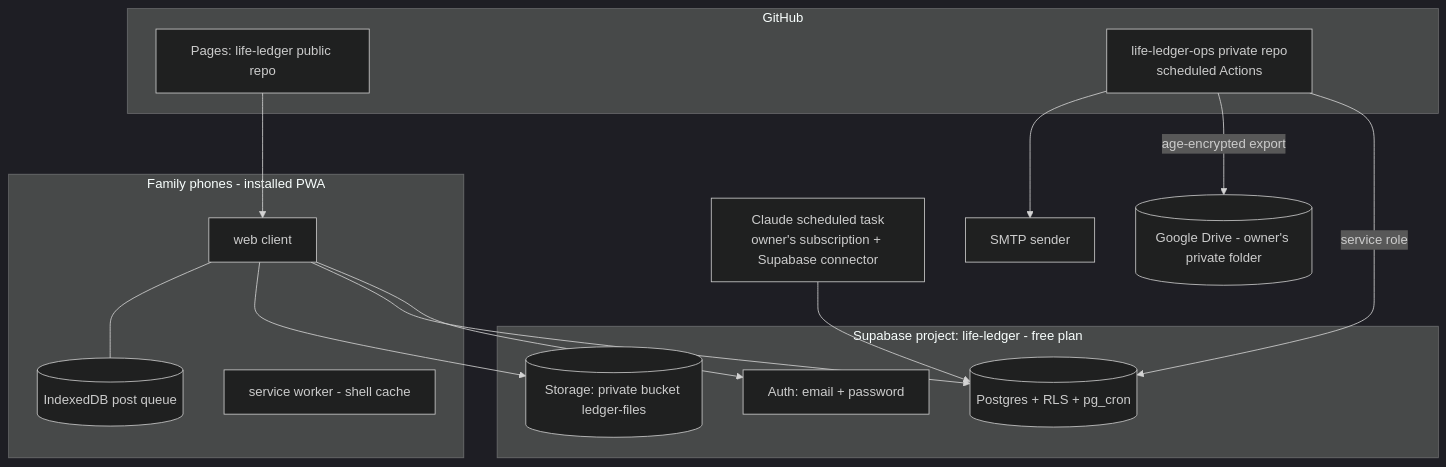
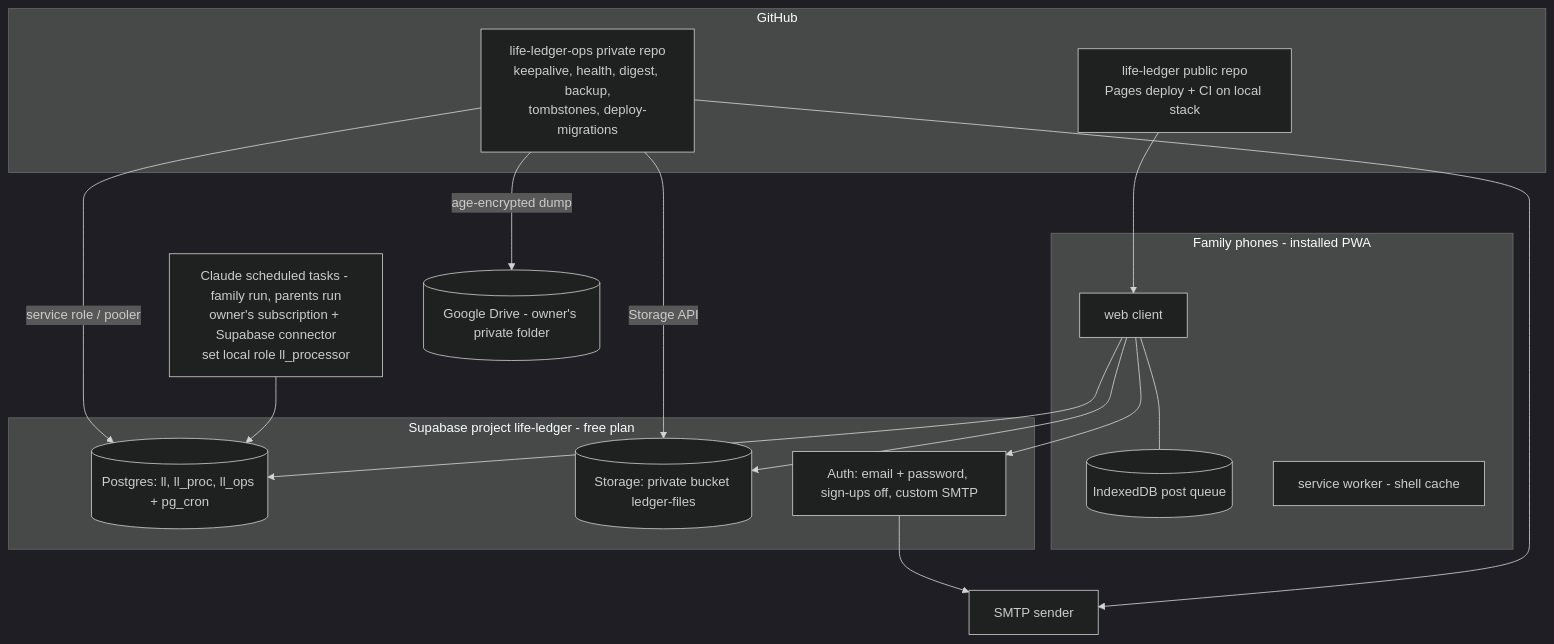
One commit to vinunairs/life-ledger changed the second of 3 diagrams in _bmad-output/planning-artifacts/architecture/architecture-life-ledger-2026-10-05/ARCHITECTURE-SPINE.md. Above: the diagram before and after it, drawn with Mermaid (dark theme). The commit also changed other lines of this file and 2 other files, not shown here.

First line of the commit message:
Revise architecture spine after reviewer gate

````diff
--- a/_bmad-output/planning-artifacts/architecture/architecture-life-ledger-2026-10-05/ARCHITECTURE-SPINE.md
+++ b/_bmad-output/planning-artifacts/architecture/architecture-life-ledger-2026-10-05/ARCHITECTURE-SPINE.md
@@ -193,29 +309,31 @@
 ```mermaid
 flowchart TB
   subgraph Phone[Family phones - installed PWA]
     UI[web client]
     IDB[(IndexedDB post queue)]
     SW[service worker - shell cache]
   end
   subgraph GH[GitHub]
-    Pages[Pages: life-ledger public repo]
-    Ops[life-ledger-ops private repo<br/>scheduled Actions]
+    Pages[life-ledger public repo<br/>Pages deploy + CI on local stack]
+    Ops[life-ledger-ops private repo<br/>keepalive, health, digest, backup,<br/>tombstones, deploy-migrations]
   end
-  subgraph SB[Supabase project: life-ledger - free plan]
-    DB[(Postgres + RLS + pg_cron)]
+  subgraph SB[Supabase project life-ledger - free plan]
+    DB[(Postgres: ll, ll_proc, ll_ops + pg_cron)]
     ST[(Storage: private bucket ledger-files)]
-    AU[Auth: email + password]
+    AU[Auth: email + password, sign-ups off, custom SMTP]
   end
-  CL[Claude scheduled task<br/>owner's subscription + Supabase connector]
+  CL[Claude scheduled tasks - family run, parents run<br/>owner's subscription + Supabase connector<br/>set local role ll_processor]
   GD[(Google Drive - owner's private folder)]
   SMTP[SMTP sender]
   Pages --> UI
   UI --> AU
   UI --> DB
   UI --> ST
   UI --- IDB
   CL --> DB
-  Ops -->|service role| DB
-  Ops -->|age-encrypted export| GD
+  Ops -->|service role / pooler| DB
+  Ops -->|Storage API| ST
+  Ops -->|age-encrypted dump| GD
   Ops --> SMTP
+  AU --> SMTP
 ```
````
